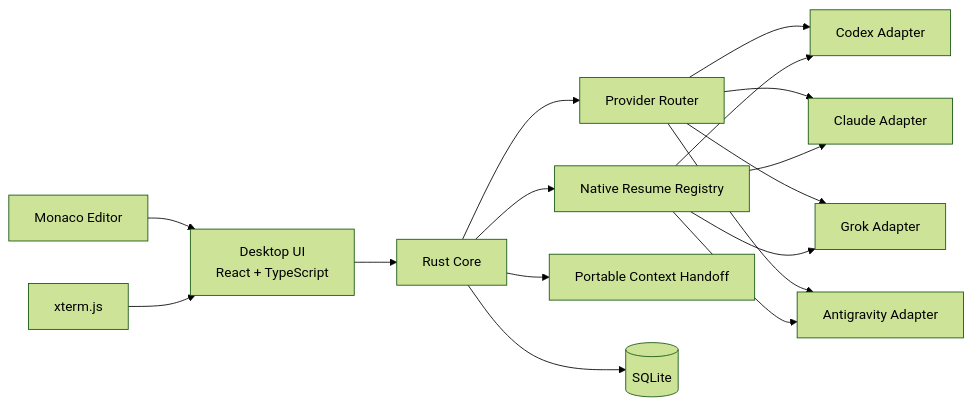
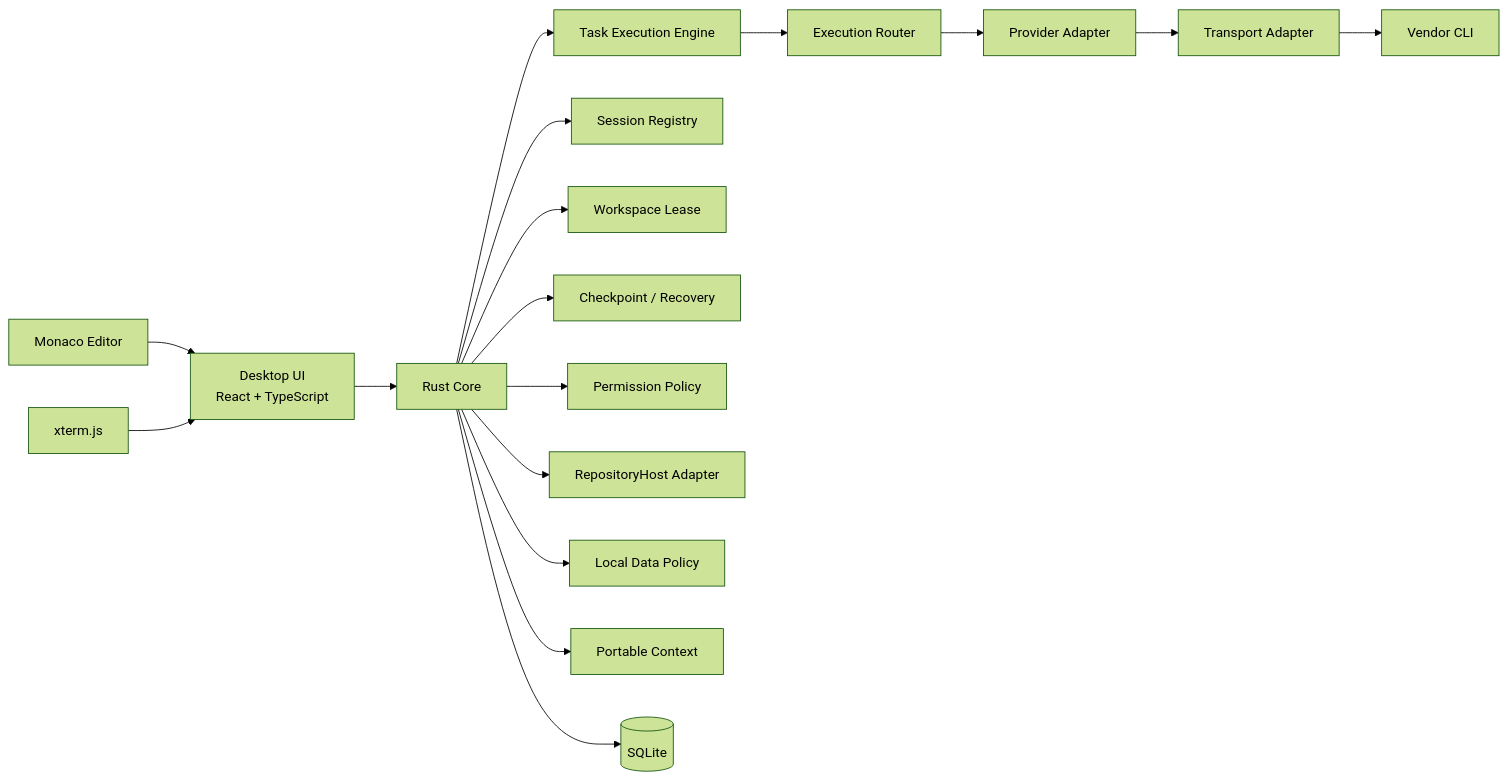
One commit to nntokyo/ai-cli-orchestrator changed the diagram in README.md. Above: the diagram before and after it, drawn with Mermaid (forest theme). The commit also changed other lines of this file and 4 other files, not shown here.

First line of the commit message:
docs: reconcile MVP issues and architecture after adversarial audit (#31)

````diff
--- a/README.md
+++ b/README.md
@@ -167,31 +172,37 @@
 ```mermaid
 flowchart LR
     UI[Desktop UI<br/>React + TypeScript]
     EDITOR[Monaco Editor]
     TERM[xterm.js]
     CORE[Rust Core]
-    ROUTER[Provider Router]
-    SESSION[Native Resume Registry]
-    CONTEXT[Portable Context Handoff]
+    ENGINE[Task Execution Engine]
+    ROUTER[Execution Router]
+    SESSION[Session Registry]
+    LOCK[Workspace Lease]
+    RECOVERY[Checkpoint / Recovery]
+    PERM[Permission Policy]
+    HOST[RepositoryHost Adapter]
+    DATA[Local Data Policy]
+    CONTEXT[Portable Context]
     DB[(SQLite)]
-    CODEX[Codex Adapter]
-    CLAUDE[Claude Adapter]
-    GROK[Grok Adapter]
-    AGY[Antigravity Adapter]
+    PROVIDER[Provider Adapter]
+    TRANSPORT[Transport Adapter]
+    CLI[Vendor CLI]
 
-    UI --> CORE
     EDITOR --> UI
     TERM --> UI
-    CORE --> ROUTER
+    UI --> CORE
+    CORE --> ENGINE
     CORE --> SESSION
+    CORE --> LOCK
+    CORE --> RECOVERY
+    CORE --> PERM
+    CORE --> HOST
+    CORE --> DATA
     CORE --> CONTEXT
     CORE --> DB
-    ROUTER --> CODEX
-    ROUTER --> CLAUDE
-    ROUTER --> GROK
-    ROUTER --> AGY
-    SESSION --> CODEX
-    SESSION --> CLAUDE
-    SESSION --> GROK
-    SESSION --> AGY
+    ENGINE --> ROUTER
+    ROUTER --> PROVIDER
+    PROVIDER --> TRANSPORT
+    TRANSPORT --> CLI
 ```
````
